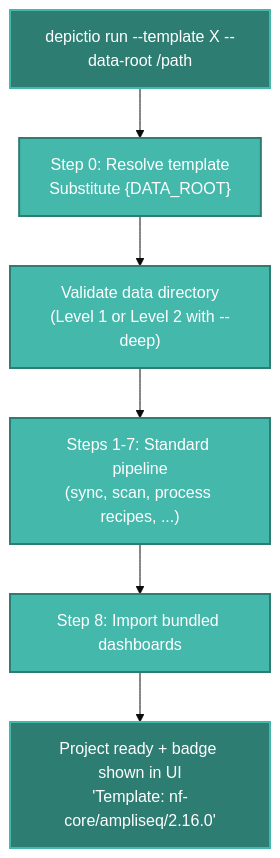
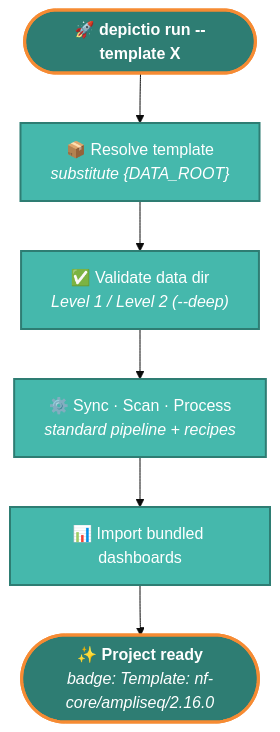
The second of 2 diagrams in docs/usage/projects/guide.md (depictio/depictio-docs), drawn with Mermaid (base theme) before and after one commit. The commit also changed other lines of this file, not shown here.

Commit message:
docs(projects): clarify Template/Advanced CLI-only + redesign workflow diagram

````diff
--- a/docs/usage/projects/guide.md
+++ b/docs/usage/projects/guide.md
@@ -454,12 +454,13 @@
 ```mermaid
 graph TD
-    A["depictio run --template X --data-root /path"] --> B["Step 0: Resolve template\nSubstitute {DATA_ROOT}"]
-    B --> C["Validate data directory\n(Level 1 or Level 2 with --deep)"]
-    C --> D["Steps 1-7: Standard pipeline\n(sync, scan, process recipes, ...)"]
-    D --> E["Step 8: Import bundled dashboards"]
-    E --> F["Project ready + badge shown in UI\n'Template: nf-core/ampliseq/2.16.0'"]
+    A(["🚀 <b>depictio run --template X</b>"])
+    A --> B["📦 Resolve template<br/><i>substitute {DATA_ROOT}</i>"]
+    B --> C["✅ Validate data dir<br/><i>Level 1 / Level 2 (--deep)</i>"]
+    C --> D["⚙️ Sync · Scan · Process<br/><i>standard pipeline + recipes</i>"]
+    D --> E["📊 Import bundled dashboards"]
+    E --> F(["✨ <b>Project ready</b><br/><i>badge: Template: nf-core/ampliseq/2.16.0</i>"])
 
     classDef default fill:#45B8AC,stroke:#2E7D73,stroke-width:2px,color:#fff
-    classDef highlight fill:#2E7D73,stroke:#45B8AC,stroke-width:2px,color:#fff
-    class A,F highlight
+    classDef endpoints fill:#2E7D73,stroke:#F68B33,stroke-width:3px,color:#fff
+    class A,F endpoints
 ```
````
